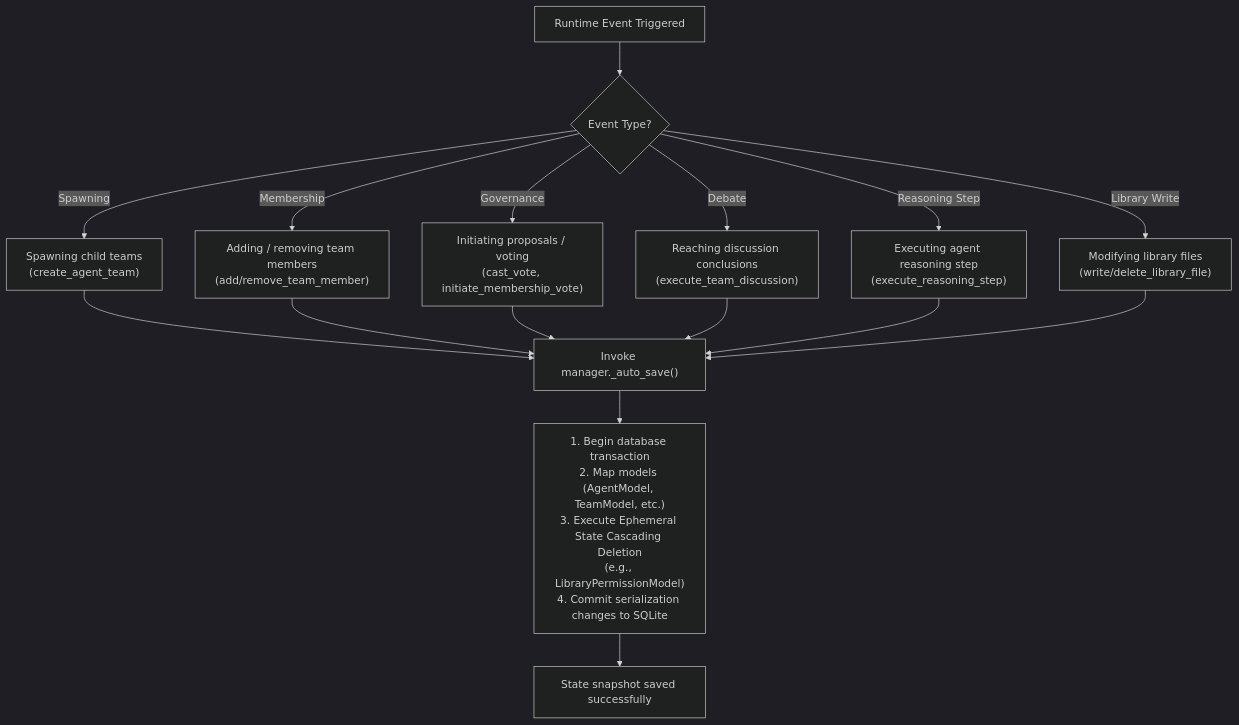
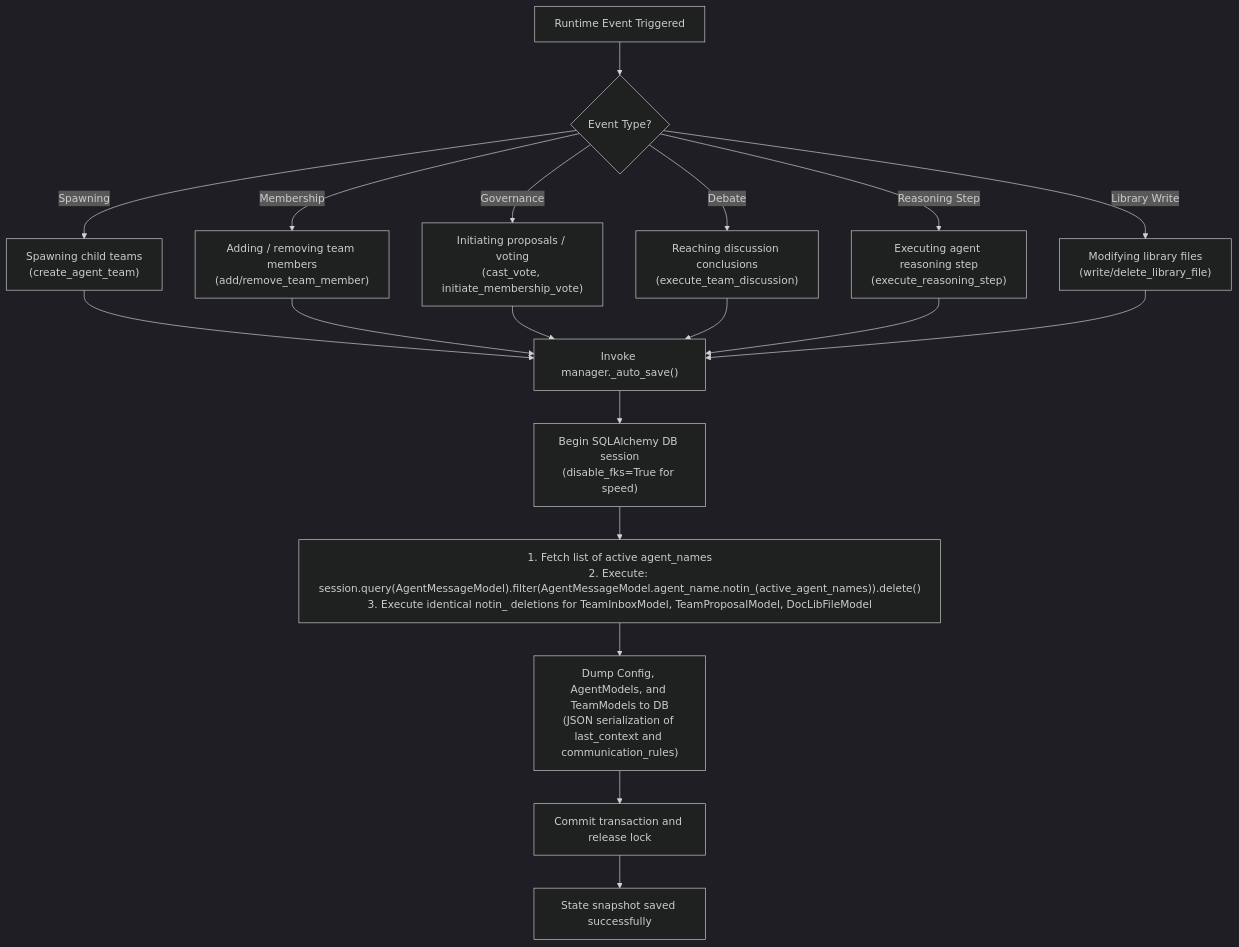
Before and after one commit to AI-Team-Team/AI-Team-Team: the first of 3 diagrams in docs/flowcharts/State_Persistence.md, drawn with Mermaid (dark theme). The commit also changed other lines of this file and 16 other files, not shown here.

First line of the commit message:
docs(architecture): restructure documentation and expand technical flowcharts

````diff
--- a/docs/flowcharts/State_Persistence.md
+++ b/docs/flowcharts/State_Persistence.md
@@ -9,21 +9,27 @@
 ```mermaid
 flowchart TD
     Start["Runtime Event Triggered"] --> EventType{"Event Type?"}
     
     EventType -- "Spawning" --> Save1["Spawning child teams\n(create_agent_team)"]
     EventType -- "Membership" --> Save2["Adding / removing team members\n(add/remove_team_member)"]
     EventType -- "Governance" --> Save3["Initiating proposals / voting\n(cast_vote, initiate_membership_vote)"]
     EventType -- "Debate" --> Save4["Reaching discussion conclusions\n(execute_team_discussion)"]
     EventType -- "Reasoning Step" --> Save5["Executing agent reasoning step\n(execute_reasoning_step)"]
     EventType -- "Library Write" --> Save6["Modifying library files\n(write/delete_library_file)"]
     
     Save1 --> AutoSave["Invoke manager._auto_save()"]
     Save2 --> AutoSave
     Save3 --> AutoSave
     Save4 --> AutoSave
     Save5 --> AutoSave
     Save6 --> AutoSave
     
-    AutoSave --> SerializeORM["1. Begin database transaction\n2. Map models (AgentModel, TeamModel, etc.)\n3. Execute Ephemeral State Cascading Deletion\n(e.g., LibraryPermissionModel)\n4. Commit serialization changes to SQLite"]
-    SerializeORM --> End["State snapshot saved successfully"]
+    AutoSave --> SessionBegin["Begin SQLAlchemy DB session\n(disable_fks=True for speed)"]
+    
+    SessionBegin --> O1GC["1. Fetch list of active agent_names\n2. Execute: session.query(AgentMessageModel).filter(AgentMessageModel.agent_name.notin_(active_agent_names)).delete()\n3. Execute identical notin_ deletions for TeamInboxModel, TeamProposalModel, DocLibFileModel"]
+    
+    O1GC --> DumpModels["Dump Config, AgentModels, and TeamModels to DB\n(JSON serialization of last_context and communication_rules)"]
+    
+    DumpModels --> CommitORM["Commit transaction and release lock"]
+    CommitORM --> End["State snapshot saved successfully"]
 ```
````
